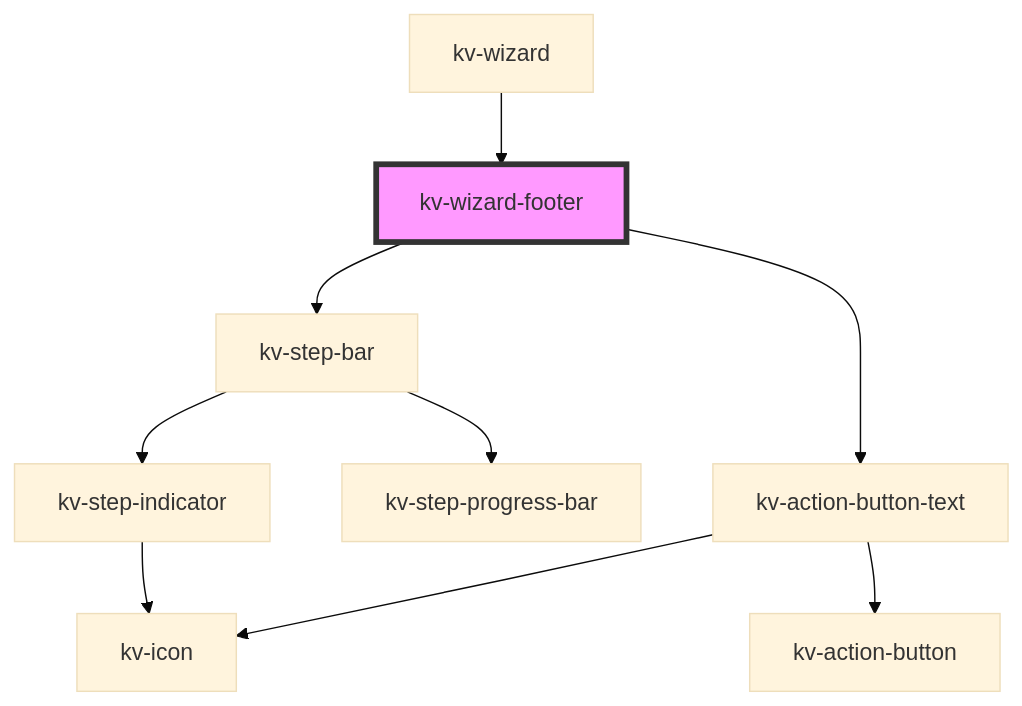
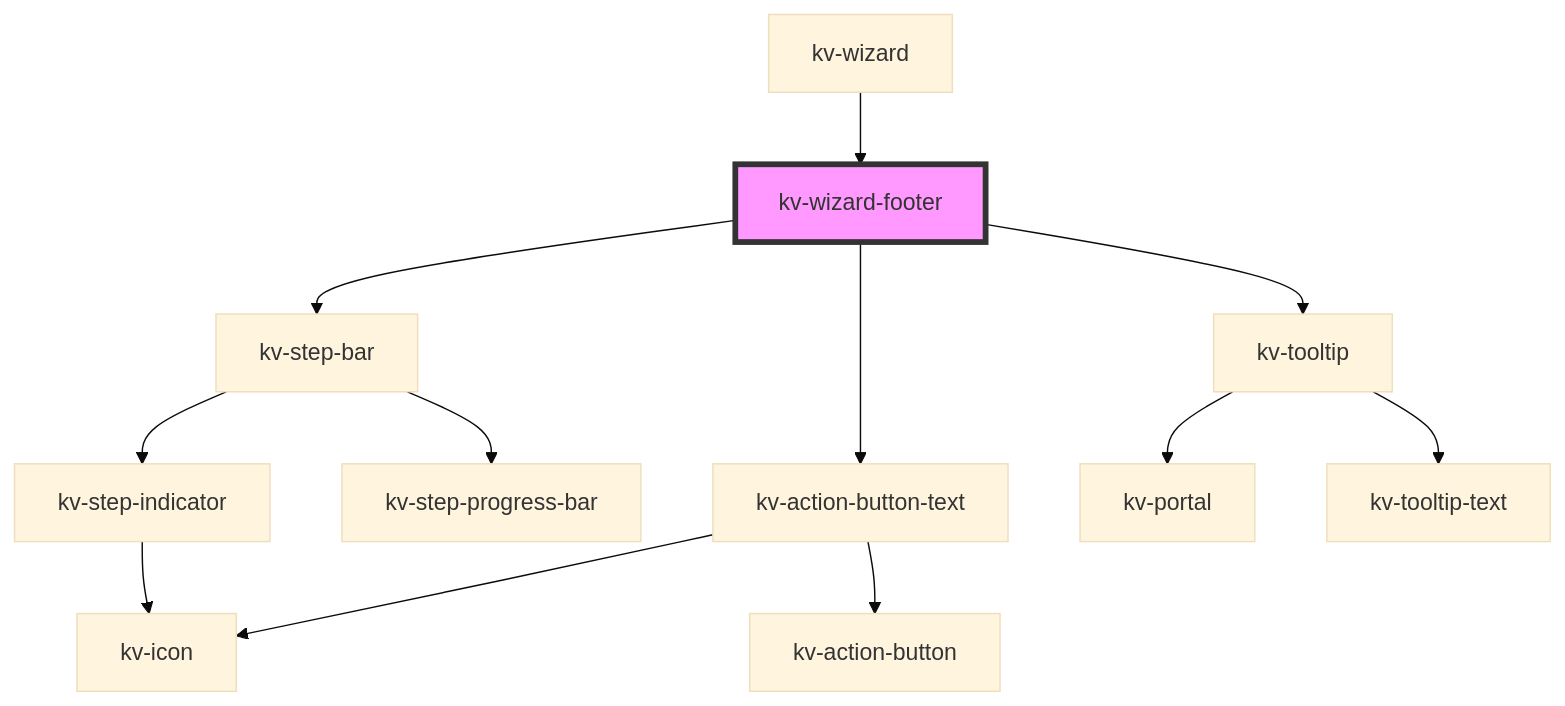
One commit to kelvininc/ui-components changed the diagram in packages/ui-components/src/components/wizard-footer/readme.md. Above: the diagram before and after it, drawn with Mermaid (base theme). The commit also changed other lines of this file and 49 other files, not shown here.

````diff
--- a/packages/ui-components/src/components/wizard-footer/readme.md
+++ b/packages/ui-components/src/components/wizard-footer/readme.md
@@ -143,12 +146,15 @@
 ```mermaid
 graph TD;
   kv-wizard-footer --> kv-step-bar
   kv-wizard-footer --> kv-action-button-text
+  kv-wizard-footer --> kv-tooltip
   kv-step-bar --> kv-step-progress-bar
   kv-step-bar --> kv-step-indicator
   kv-step-indicator --> kv-icon
   kv-action-button-text --> kv-action-button
   kv-action-button-text --> kv-icon
+  kv-tooltip --> kv-portal
+  kv-tooltip --> kv-tooltip-text
   kv-wizard --> kv-wizard-footer
   style kv-wizard-footer fill:#f9f,stroke:#333,stroke-width:4px
 ```
````
